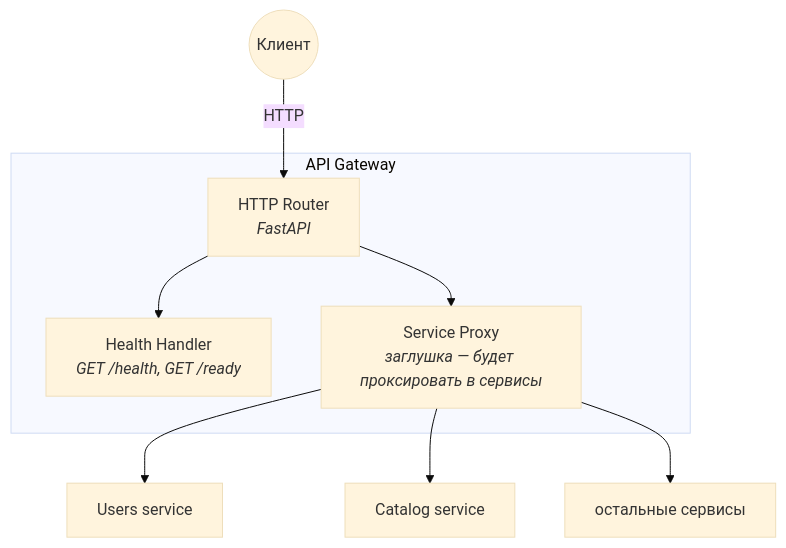
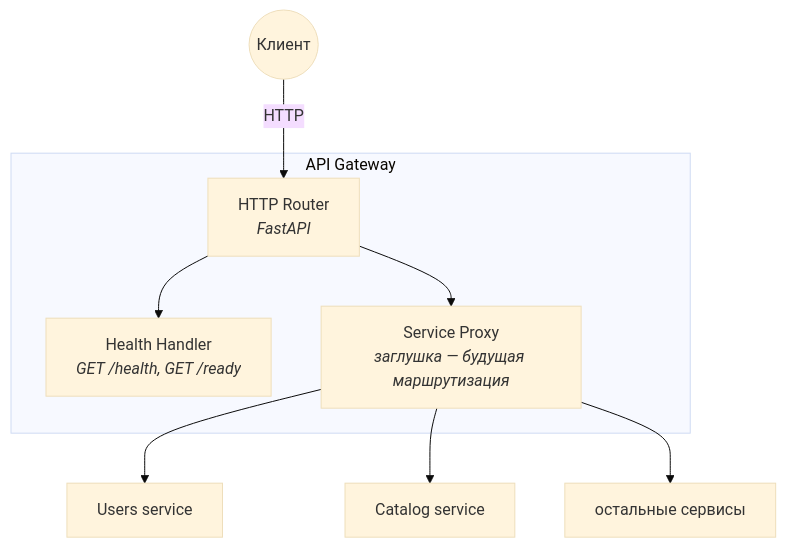
The third of 4 diagrams in README.md (DaryaAndryeva/hw-1-Marketplace), drawn with Mermaid (base theme) before and after one commit. The commit also changed other lines of this file, not shown here.

````diff
--- a/README.md
+++ b/README.md
@@ -176,21 +101,21 @@
 ```mermaid
 flowchart TB
     client(("Клиент"))
 
     subgraph gw["API Gateway"]
         router["HTTP Router<br/><i>FastAPI</i>"]
         health["Health Handler<br/><i>GET /health, GET /ready</i>"]
-        proxy["Service Proxy<br/><i>заглушка — будет проксировать в сервисы</i>"]
+        proxy["Service Proxy<br/><i>заглушка — будущая маршрутизация</i>"]
     end
 
     users["Users service"]
     catalog["Catalog service"]
     other["остальные сервисы"]
 
     client -- HTTP --> router
     router --> health
     router --> proxy
     proxy --> users
     proxy --> catalog
     proxy --> other
 ```
````
